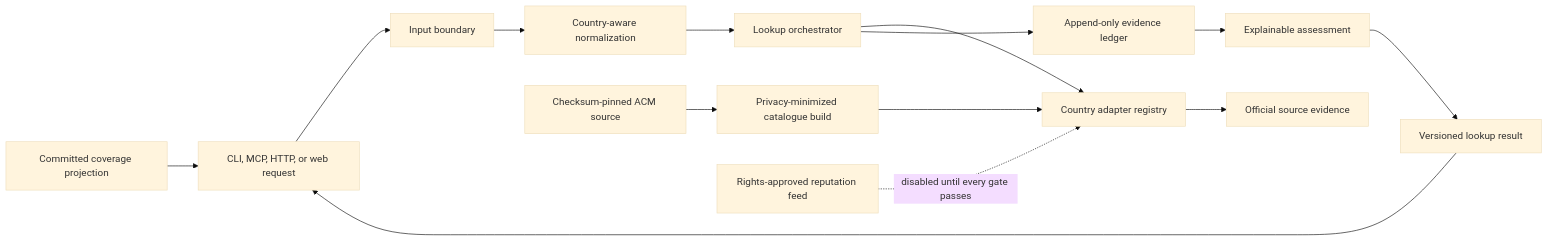
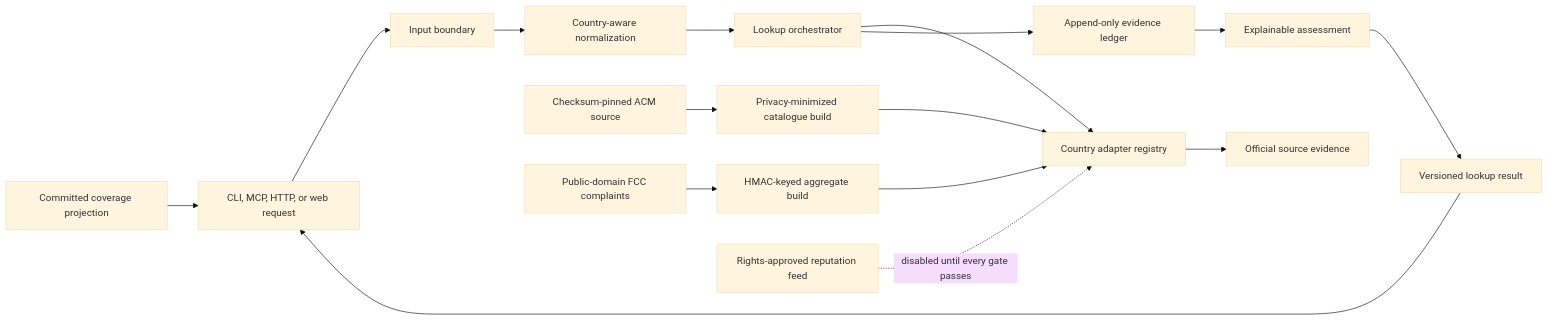
The diagram in docs/architecture.md (viggomeesters/callersignal), drawn with Mermaid (base theme) before and after one commit. The commit also changed other lines of this file and 16 other files, not shown here.

````diff
--- a/docs/architecture.md
+++ b/docs/architecture.md
@@ -9,16 +9,18 @@
 ```mermaid
 flowchart LR
     A[CLI, MCP, HTTP, or web request] --> B[Input boundary]
     B --> C[Country-aware normalization]
     C --> D[Lookup orchestrator]
     D --> E[Country adapter registry]
     E --> F[Official source evidence]
     D --> G[Append-only evidence ledger]
     G --> H[Explainable assessment]
     H --> I[Versioned lookup result]
     I --> A
     J[Checksum-pinned ACM source] --> K[Privacy-minimized catalogue build]
     K --> E
+    N[Public-domain FCC complaints] --> O[HMAC-keyed aggregate build]
+    O --> E
     L[Rights-approved reputation feed] -. disabled until every gate passes .-> E
     M[Committed coverage projection] --> A
 ```
````
